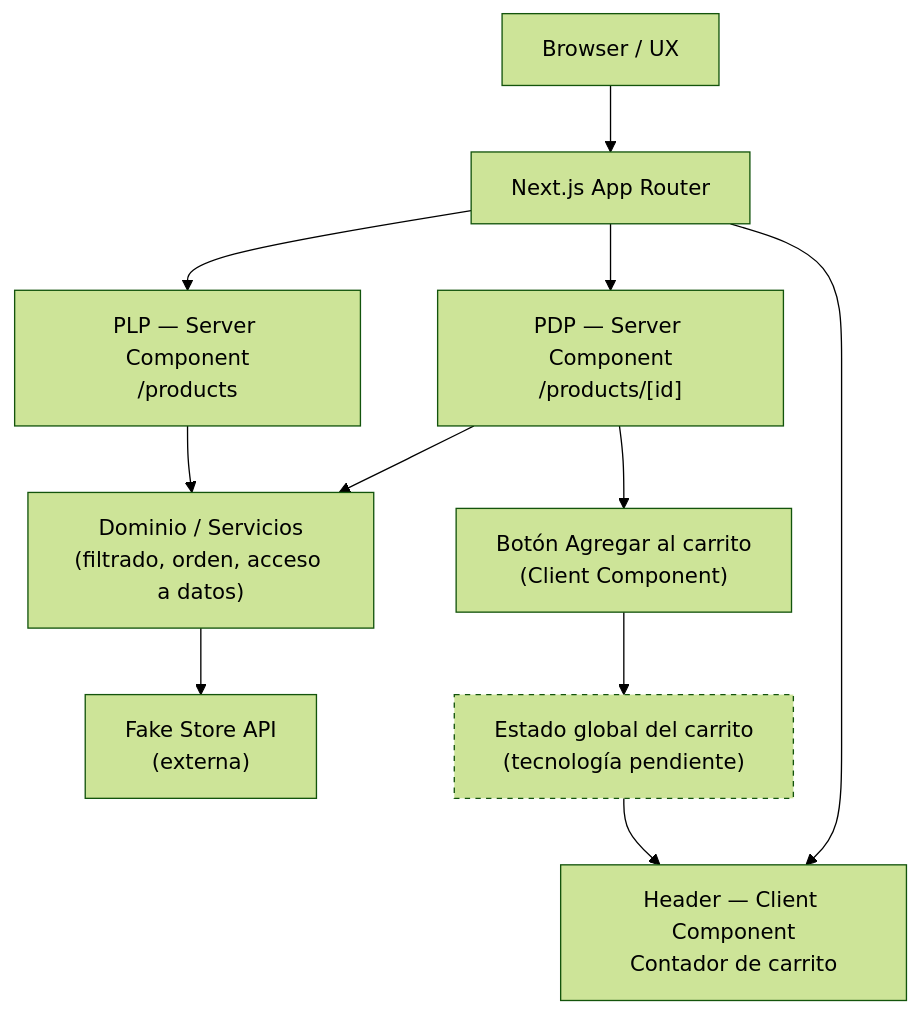
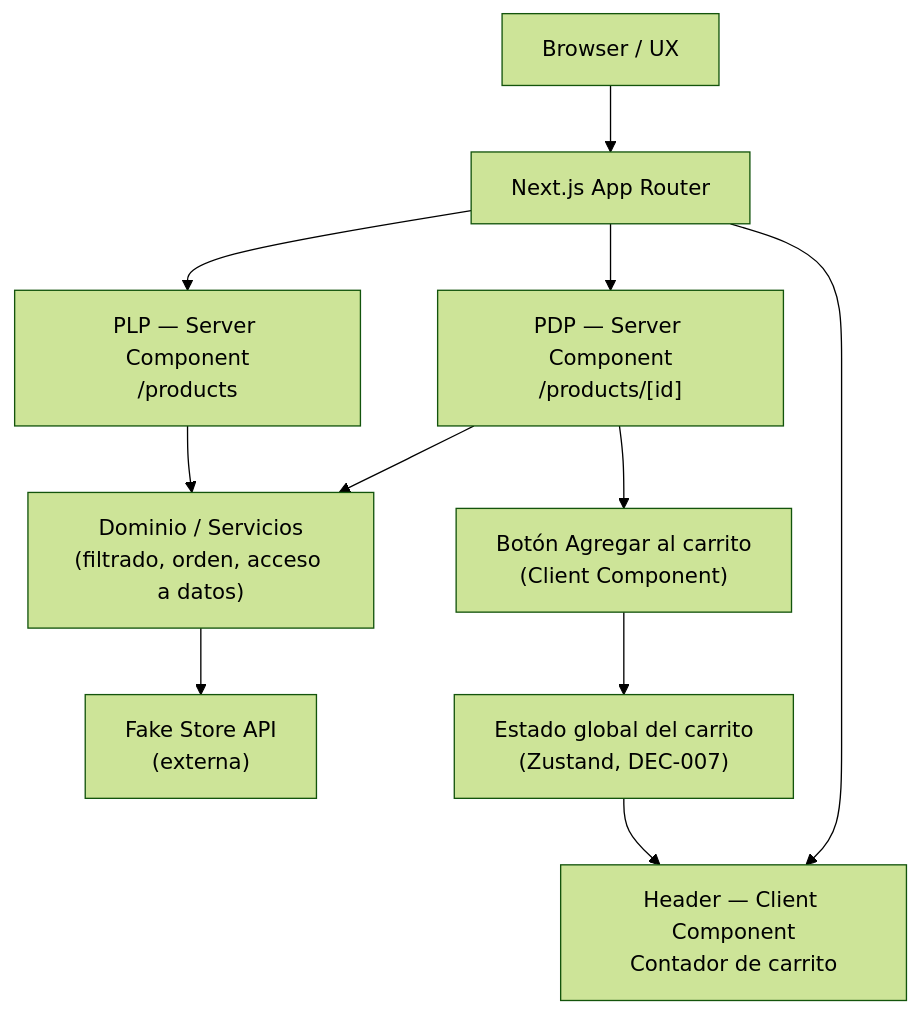
Before and after one commit to nickcoga/delosi-ecommerce: the first of 3 diagrams in docs/ARCHITECTURE.md, drawn with Mermaid (forest theme). The commit also changed other lines of this file and 3 other files, not shown here.

````diff
--- a/docs/ARCHITECTURE.md
+++ b/docs/ARCHITECTURE.md
@@ -92,20 +165,17 @@
 ```mermaid
 flowchart TD
     Browser["Browser / UX"] --> AppRouter["Next.js App Router"]
 
     AppRouter --> PLP["PLP — Server Component\n/products"]
     AppRouter --> PDP["PDP — Server Component\n/products/[id]"]
     AppRouter --> Header["Header — Client Component\nContador de carrito"]
 
     PLP --> Domain["Dominio / Servicios\n(filtrado, orden, acceso a datos)"]
     PDP --> Domain
 
     Domain --> FakeStore["Fake Store API\n(externa)"]
 
     PDP --> AddToCart["Botón Agregar al carrito\n(Client Component)"]
-    AddToCart --> CartState["Estado global del carrito\n(tecnología pendiente)"]
+    AddToCart --> CartState["Estado global del carrito\n(Zustand, DEC-007)"]
     CartState --> Header
-
-    classDef pending stroke-dasharray: 4 4
-    class CartState pending
 ```
````
